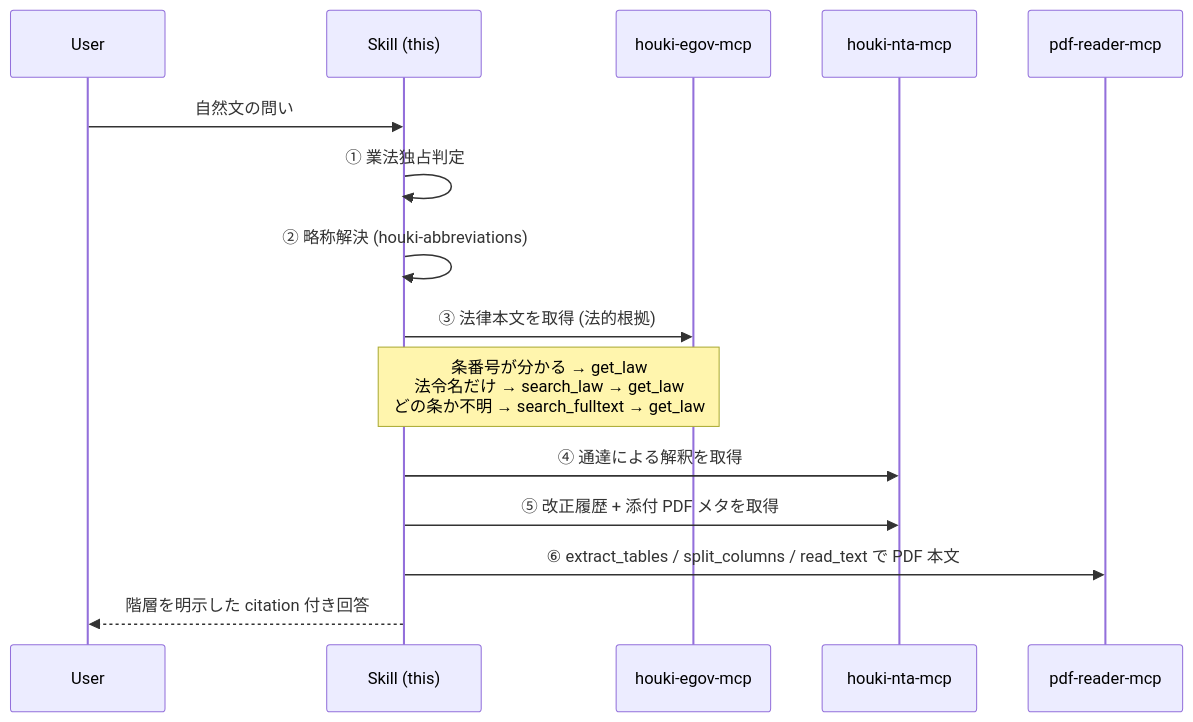
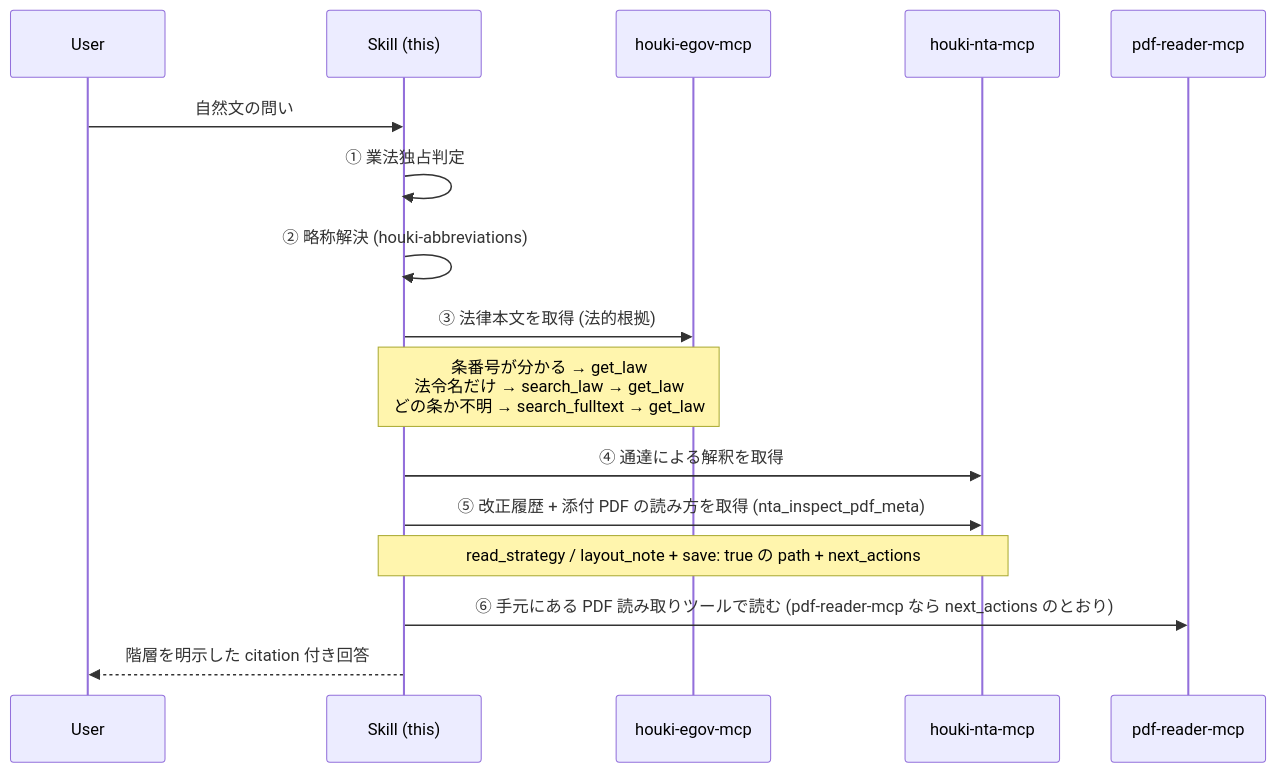
One commit to shuji-bonji/houki-research-skill changed the second of 4 diagrams in skills/houki-research/SKILL.md. Above: the diagram before and after it, drawn with Mermaid. The commit also changed other lines of this file and 7 other files, not shown here.

First line of the commit message:
feat: 添付 PDF に当たったときの分岐と新旧対照表の読み方を手順に置く（houki-nta-mcp 0.19.0 追随、0.13.0） (#16)

````diff
--- a/skills/houki-research/SKILL.md
+++ b/skills/houki-research/SKILL.md
@@ -90,18 +90,19 @@
 ```mermaid
 sequenceDiagram
     participant U as User
     participant S as Skill (this)
     participant E as houki-egov-mcp
     participant N as houki-nta-mcp
     participant P as pdf-reader-mcp
 
     U->>S: 自然文の問い
     S->>S: ① 業法独占判定
     S->>S: ② 略称解決 (houki-abbreviations)
     S->>E: ③ 法律本文を取得 (法的根拠)
     Note over S,E: 条番号が分かる → get_law<br/>法令名だけ → search_law → get_law<br/>どの条か不明 → search_fulltext → get_law
     S->>N: ④ 通達による解釈を取得
-    S->>N: ⑤ 改正履歴 + 添付 PDF メタを取得
-    S->>P: ⑥ extract_tables / split_columns / read_text で PDF 本文
+    S->>N: ⑤ 改正履歴 + 添付 PDF の読み方を取得 (nta_inspect_pdf_meta)
+    Note over S,N: read_strategy / layout_note + save: true の path + next_actions
+    S->>P: ⑥ 手元にある PDF 読み取りツールで読む (pdf-reader-mcp なら next_actions のとおり)
     S-->>U: 階層を明示した citation 付き回答
 ```
````
